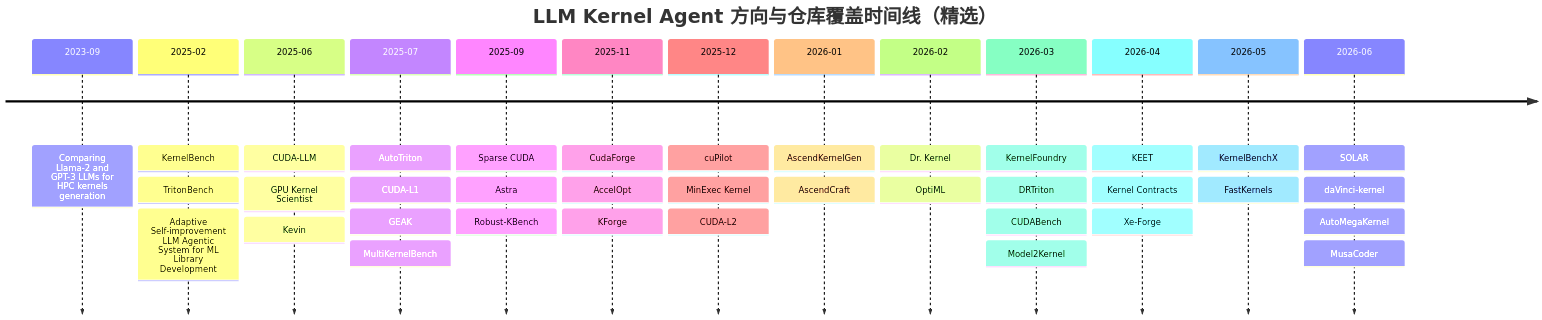
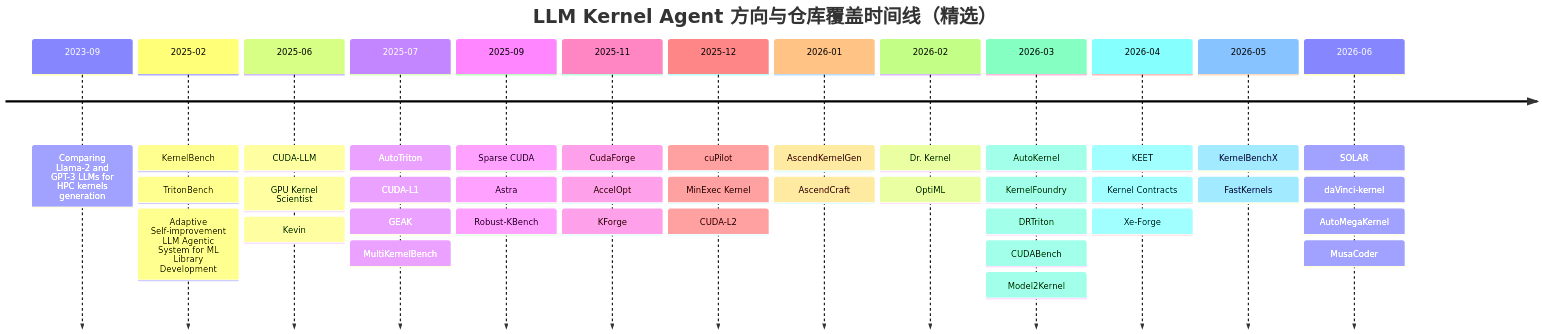
One commit to qhy991/Awesome-LLM-Kernel-Agent changed the diagram in llm_kernel_agent_landscape/figures/landscape_timeline_report.zh.mmd. Above: the diagram before and after it, drawn with Mermaid. The commit also changed 13 other files, not shown here.

First line of the commit message:
Add AutoKernel paper from RightNow AI with landscape sync.

```diff
--- a/llm_kernel_agent_landscape/figures/landscape_timeline_report.zh.mmd
+++ b/llm_kernel_agent_landscape/figures/landscape_timeline_report.zh.mmd
@@ -1,39 +1,40 @@
 timeline
     title LLM Kernel Agent 方向与仓库覆盖时间线（精选）
     2023-09 : Comparing Llama-2 and GPT-3 LLMs for HPC kernels generation
     2025-02 : KernelBench
              : TritonBench
              : Adaptive Self-improvement LLM Agentic System for ML Library Development
     2025-06 : CUDA-LLM
              : GPU Kernel Scientist
              : Kevin
     2025-07 : AutoTriton
              : CUDA-L1
              : GEAK
              : MultiKernelBench
     2025-09 : Sparse CUDA
              : Astra
              : Robust-KBench
     2025-11 : CudaForge
              : AccelOpt
              : KForge
     2025-12 : cuPilot
              : MinExec Kernel
              : CUDA-L2
     2026-01 : AscendKernelGen
              : AscendCraft
     2026-02 : Dr. Kernel
              : OptiML
-    2026-03 : KernelFoundry
+    2026-03 : AutoKernel
+             : KernelFoundry
              : DRTriton
              : CUDABench
              : Model2Kernel
     2026-04 : KEET
              : Kernel Contracts
              : Xe-Forge
     2026-05 : KernelBenchX
              : FastKernels
     2026-06 : SOLAR
              : daVinci-kernel
              : AutoMegaKernel
              : MusaCoder
```
